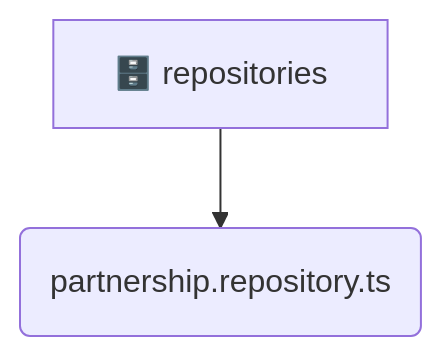
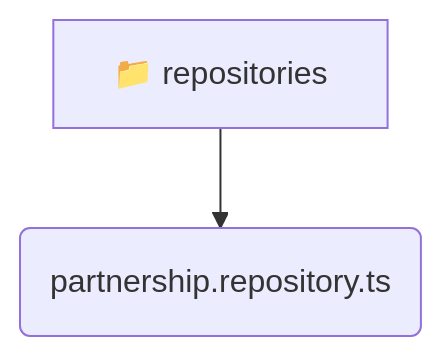
One commit to beginwebdev2002/fullstack-mavluda changed the diagram in backend/src/modules/partnership/infrastructure/repositories/README.md. Above: the diagram before and after it, drawn with Mermaid. The commit also changed other lines of this file and 155 other files, not shown here.

````diff
--- a/backend/src/modules/partnership/infrastructure/repositories/README.md
+++ b/backend/src/modules/partnership/infrastructure/repositories/README.md
@@ -9,5 +9,5 @@
 ```mermaid
 graph TD
-  repositories[🗄️ repositories]
-  repositories --> partnership_repository_ts(partnership.repository.ts)
+  repositories[📁 repositories]
+  repositories --> repositories_partnership_repository_ts(partnership.repository.ts)
 ```
````
